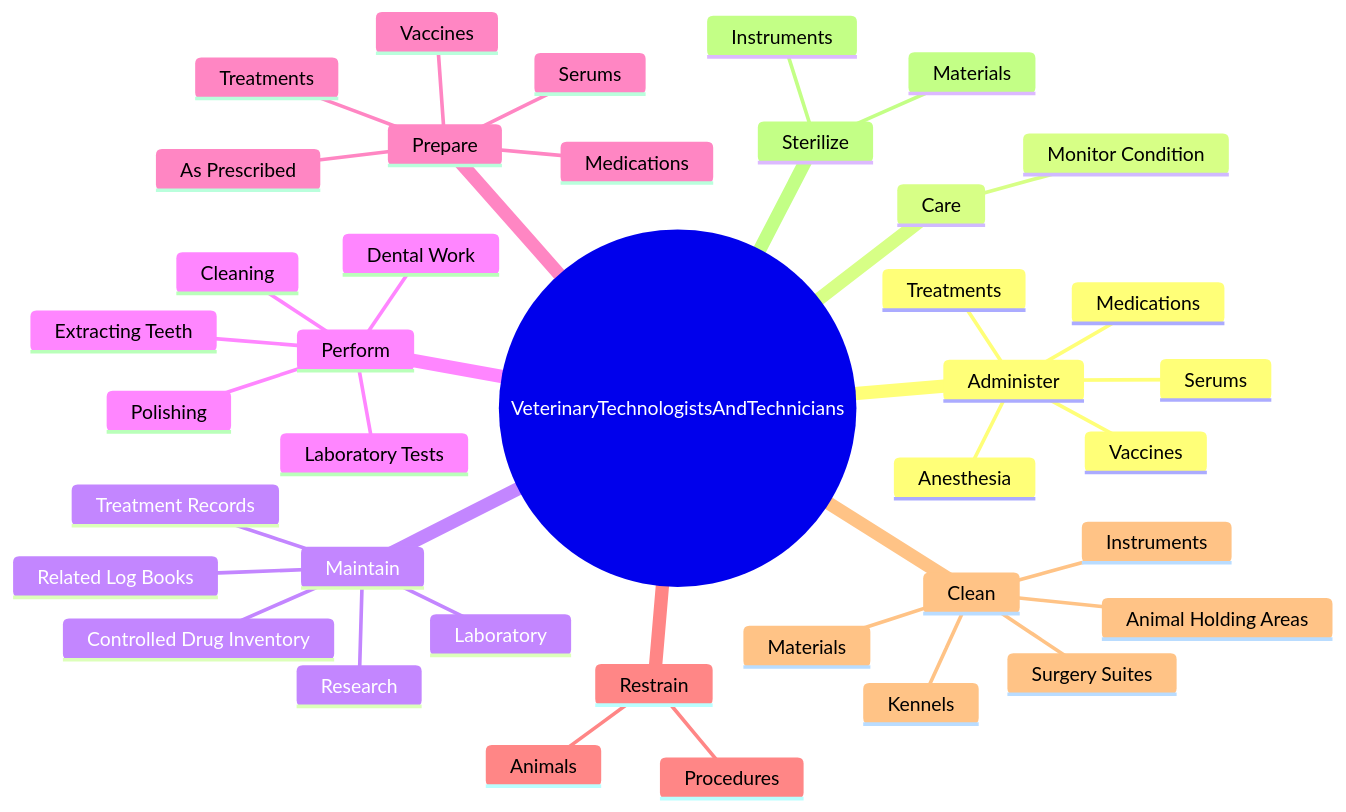
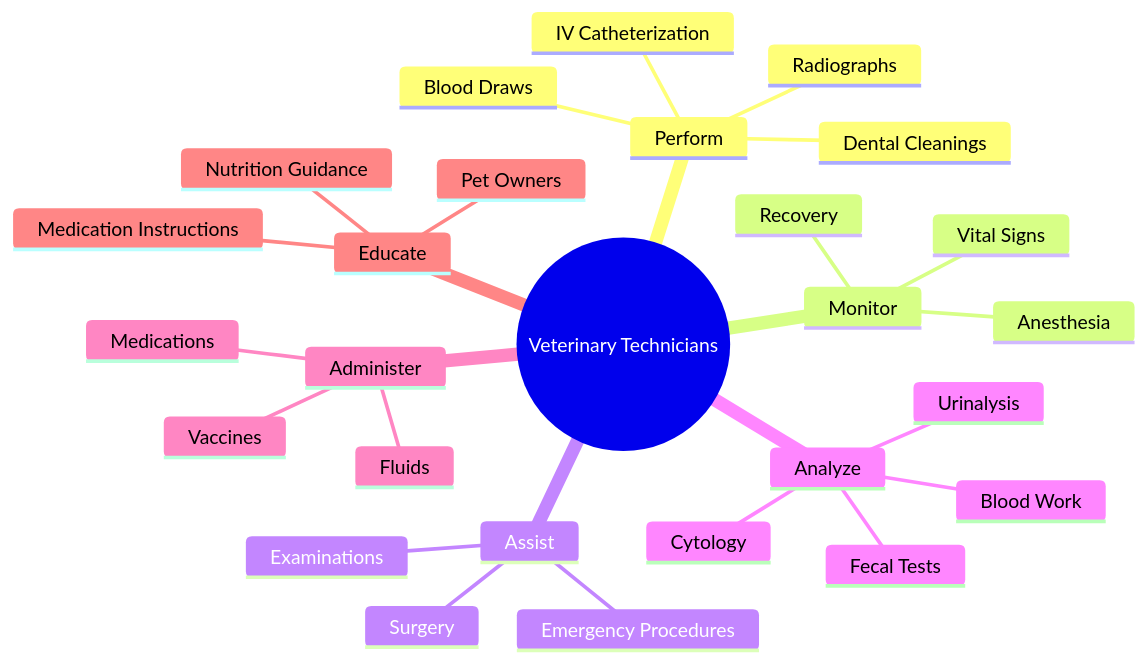
Before and after one commit to kziemski/business.org.ai: the second of 4 diagrams in occupations/HealthcarePractitioners/VeterinaryTechnologistsAndTechnicians.mdx, drawn with Mermaid. The commit also changed other lines of this file and 938 other files, not shown here.

````diff
--- a/occupations/HealthcarePractitioners/VeterinaryTechnologistsAndTechnicians.mdx
+++ b/occupations/HealthcarePractitioners/VeterinaryTechnologistsAndTechnicians.mdx
@@ -37,42 +45,30 @@
 ```mermaid
 mindmap
-    root(("VeterinaryTechnologistsAndTechnicians"))
+    root(("Veterinary Technicians"))
+        Perform
+            Blood Draws
+            IV Catheterization
+            Dental Cleanings
+            Radiographs
+        Monitor
+            Anesthesia
+            Vital Signs
+            Recovery
+        Assist
+            Surgery
+            Examinations
+            Emergency Procedures
+        Analyze
+            Blood Work
+            Urinalysis
+            Cytology
+            Fecal Tests
         Administer
-            Anesthesia
             Medications
             Vaccines
-            Serums
-            Treatments
-        Care
-            Monitor Condition
-        Maintain
-            Controlled Drug Inventory
-            Related Log Books
-            Laboratory
-            Research
-            Treatment Records
-        Perform
-            Laboratory Tests
-            Dental Work
-            Cleaning
-            Polishing
-            Extracting Teeth
-        Prepare
-            Medications
-            Vaccines
-            Serums
-            Treatments
-            As Prescribed
-        Restrain
-            Animals
-            Procedures
-        Clean
-            Instruments
-            Materials
-            Kennels
-            Animal Holding Areas
-            Surgery Suites
-        Sterilize
-            Instruments
-            Materials
+            Fluids
+        Educate
+            Pet Owners
+            Medication Instructions
+            Nutrition Guidance
 ```
````
